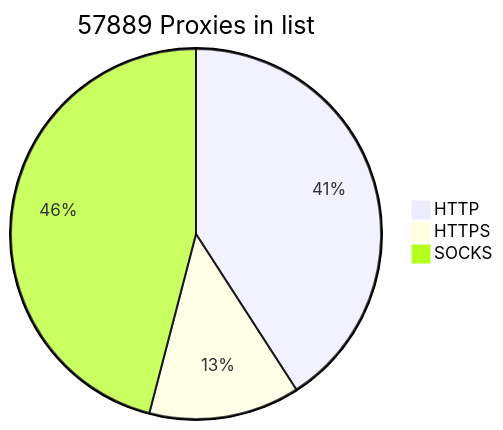
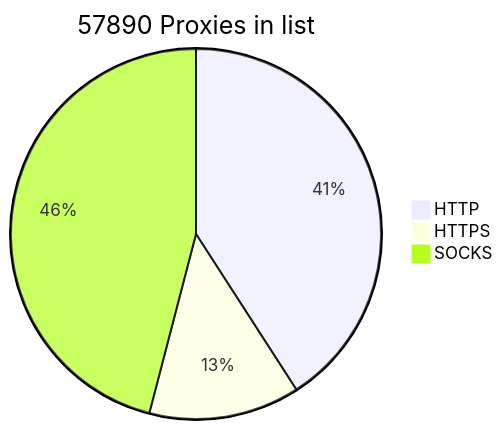
Before and after one commit to BlackSnowDot/proxylist-update-every-minute: the diagram in README.md, drawn with Mermaid.

````diff
--- a/README.md
+++ b/README.md
@@ -2,6 +2,6 @@
 ```mermaid
-pie title 57889 Proxies in list
+pie title 57890 Proxies in list
     "HTTP" : 26637
     "HTTPS": 8587
-    "SOCKS" : 29936
+    "SOCKS" : 29937
 ```
````
